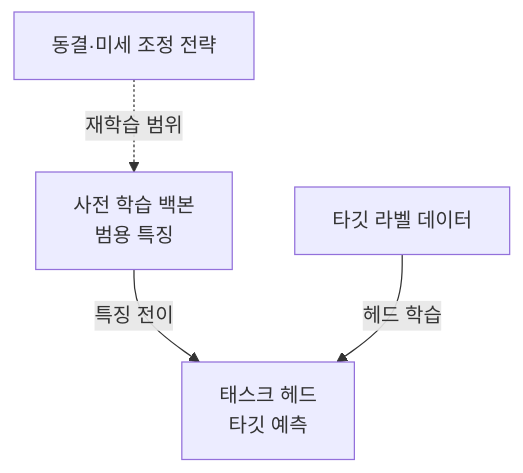
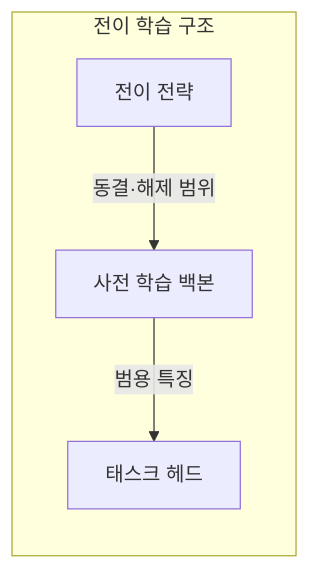
Before and after one commit to agnusdei1207/knowledge-base: the first of 3 diagrams in src/content/docs/notes/01-basic-theory/047_transfer_learning.md, drawn with Mermaid. The commit also changed other lines of this file and 22 other files, not shown here.

````diff
--- a/src/content/docs/notes/01-basic-theory/047_transfer_learning.md
+++ b/src/content/docs/notes/01-basic-theory/047_transfer_learning.md
@@ -58,6 +58,11 @@
 ```mermaid
 flowchart TB
-    B[사전 학습 백본<br/>범용 특징] -->|특징 전이| H[태스크 헤드<br/>타깃 예측]
-    D[타깃 라벨 데이터] -->|헤드 학습| H
-    F[동결·미세 조정 전략] -.->|재학습 범위| B
+    subgraph T[전이 학습 구조]
+        direction TB
+        F[전이 전략]
+        B[사전 학습 백본]
+        H[태스크 헤드]
+        F -->|동결·해제 범위| B
+        B -->|범용 특징| H
+    end
 ```
````
